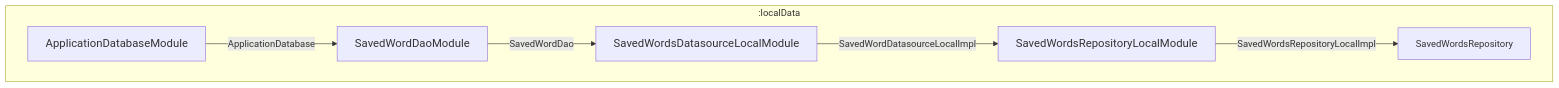
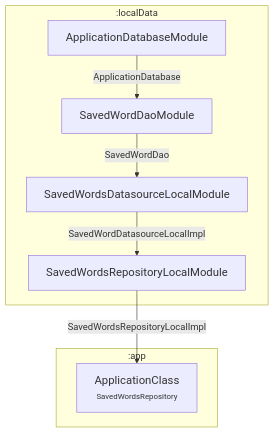
One commit to MarcelMilka/SayItAgain changed the first of 2 diagrams in localData/README.md. Above: the diagram before and after it, drawn with Mermaid. The commit also changed other lines of this file, not shown here.

Commit message:
docs: update README of :localData

````diff
--- a/localData/README.md
+++ b/localData/README.md
@@ -62,17 +62,23 @@
 ```mermaid
 flowchart TD
 
     ApplicationDatabaseModule["<big>ApplicationDatabaseModule</big>"]
     SavedWordDaoModule["<big>SavedWordDaoModule</big>"]
     SavedWordsDatasourceLocalModule["<big>SavedWordsDatasourceLocalModule</big>"]
     SavedWordsRepositoryLocalModule["<big>SavedWordsRepositoryLocalModule</big>"]
-
+    ApplicationClass["<big>ApplicationClass</big><div><small>SavedWordsRepository</small>"]
     subgraph :localData
 
         ApplicationDatabaseModule -- ApplicationDatabase --> SavedWordDaoModule
         SavedWordDaoModule -- SavedWordDao --> SavedWordsDatasourceLocalModule
         SavedWordsDatasourceLocalModule -- SavedWordDatasourceLocalImpl --> SavedWordsRepositoryLocalModule
-        SavedWordsRepositoryLocalModule -- SavedWordsRepositoryLocalImpl --> SavedWordsRepository
 
     end
+    
+    subgraph :app
+
+        ApplicationClass
+    end
+
+    SavedWordsRepositoryLocalModule -- SavedWordsRepositoryLocalImpl --> ApplicationClass
 ```
````
